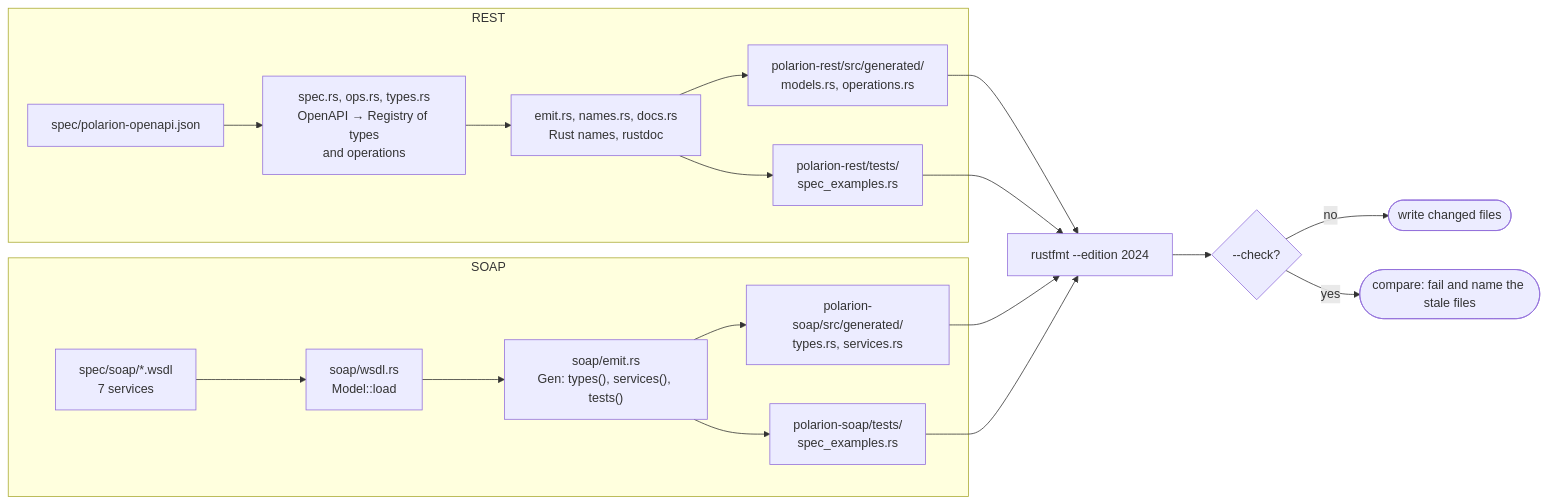
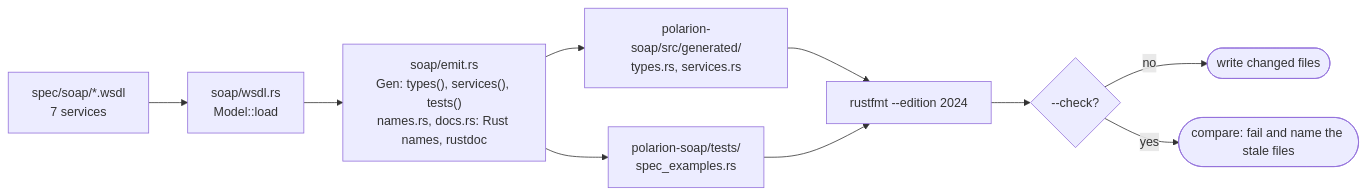
Before and after one commit to KevinGliewe/Polarion-rs: the first of 2 diagrams in docs/code-generation.md, drawn with Mermaid. The commit also changed other lines of this file and 35 other files, not shown here.

First line of the commit message:
Remove polarion-rest, its generator and the OpenAPI spec

````diff
--- a/docs/code-generation.md
+++ b/docs/code-generation.md
@@ -16,19 +16,11 @@
 ```mermaid
 flowchart LR
-    subgraph rest["REST"]
-        oas["spec/polarion-openapi.json"] --> rmodel["spec.rs, ops.rs, types.rs<br/>OpenAPI → Registry of types<br/>and operations"]
-        rmodel --> remit["emit.rs, names.rs, docs.rs<br/>Rust names, rustdoc"]
-        remit --> rout["polarion-rest/src/generated/<br/>models.rs, operations.rs"]
-        remit --> rtest["polarion-rest/tests/<br/>spec_examples.rs"]
-    end
-    subgraph soap["SOAP"]
-        wsdl["spec/soap/*.wsdl<br/>7 services"] --> wmodel["soap/wsdl.rs<br/>Model::load"]
-        wmodel --> semit["soap/emit.rs<br/>Gen: types(), services(), tests()"]
-        semit --> sout["polarion-soap/src/generated/<br/>types.rs, services.rs"]
-        semit --> stest["polarion-soap/tests/<br/>spec_examples.rs"]
-    end
-    rout & rtest & sout & stest --> fmt["rustfmt --edition 2024"]
+    wsdl["spec/soap/*.wsdl<br/>7 services"] --> wmodel["soap/wsdl.rs<br/>Model::load"]
+    wmodel --> semit["soap/emit.rs<br/>Gen: types(), services(), tests()<br/>names.rs, docs.rs: Rust names, rustdoc"]
+    semit --> sout["polarion-soap/src/generated/<br/>types.rs, services.rs"]
+    semit --> stest["polarion-soap/tests/<br/>spec_examples.rs"]
+    sout & stest --> fmt["rustfmt --edition 2024"]
     fmt --> check{"--check?"}
     check -- no --> write(["write changed files"])
     check -- yes --> stale(["compare: fail and name the stale files"])
 ```
````
